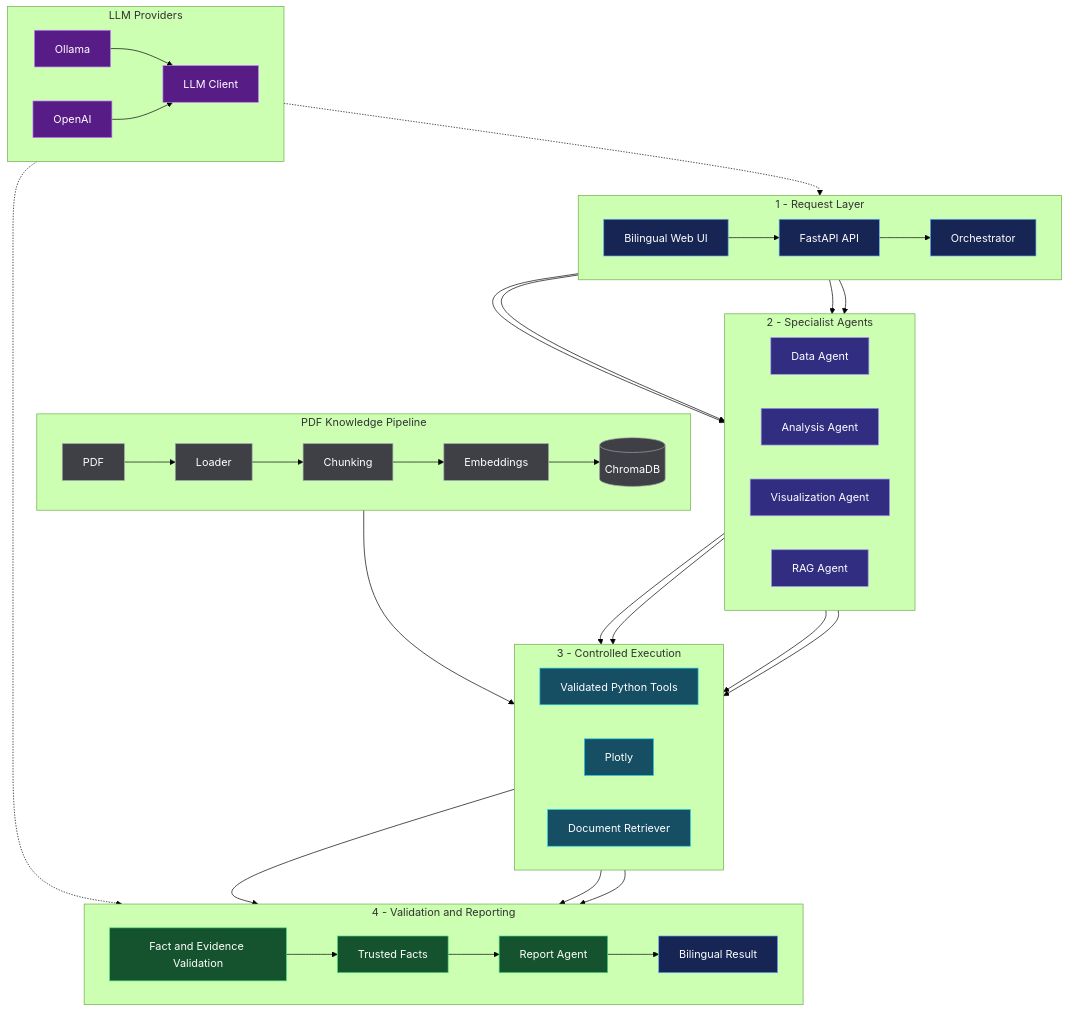
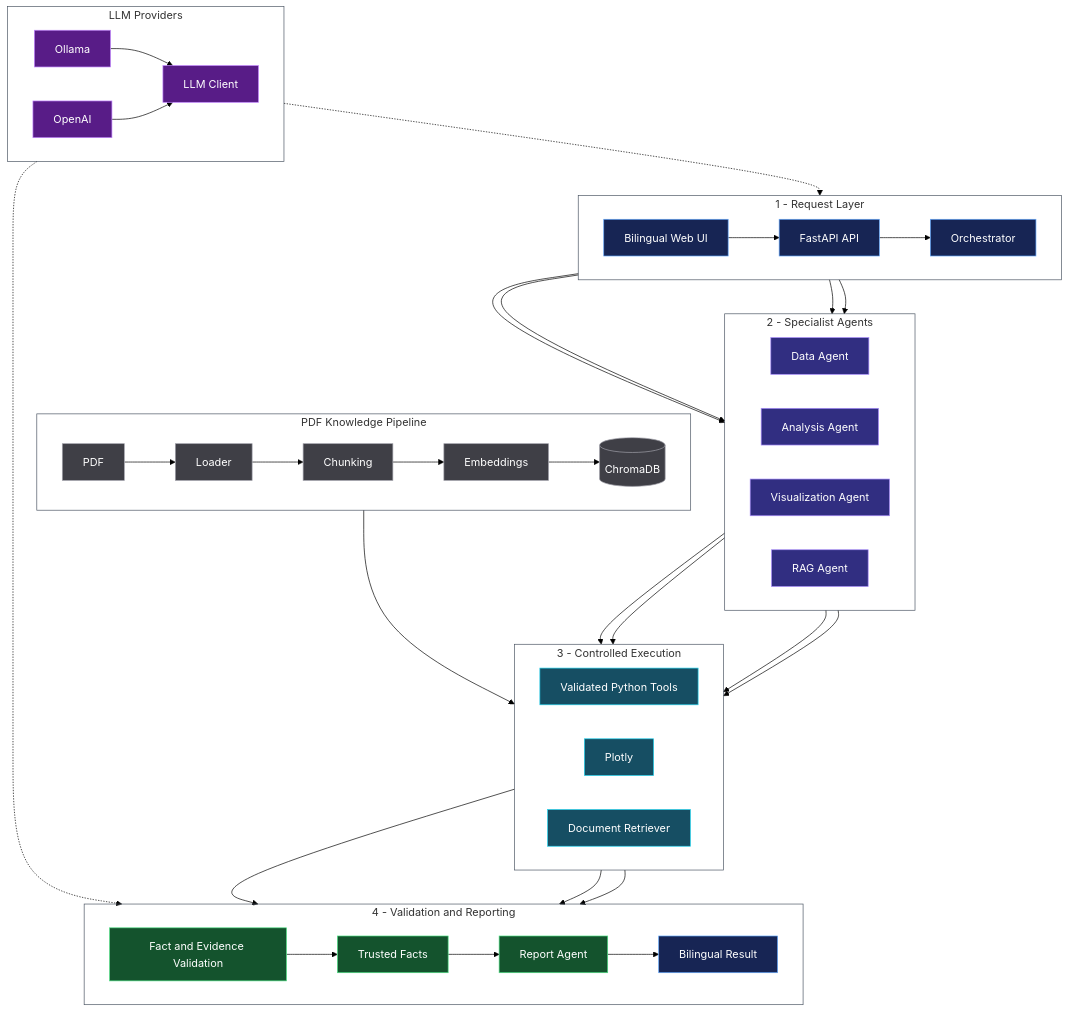
Before and after one commit to ShathaMoeen/datamind-ai: the diagram in README.md, drawn with Mermaid (forest theme).

Commit message:
style: remove architecture section backgrounds

````diff
--- a/README.md
+++ b/README.md
@@ -108,4 +108,11 @@
     class PDF,LOADER,CHUNKS,EMBEDDINGS,CHROMA knowledge
     class VALIDATE,FACTS,REPORT trusted
     class OLLAMA,OPENAI,CLIENT model
+
+    style REQUEST fill:transparent,stroke:#4b5563,stroke-width:1px
+    style AGENTS fill:transparent,stroke:#4b5563,stroke-width:1px
+    style EXECUTION fill:transparent,stroke:#4b5563,stroke-width:1px
+    style PIPELINE fill:transparent,stroke:#4b5563,stroke-width:1px
+    style REPORTING fill:transparent,stroke:#4b5563,stroke-width:1px
+    style MODELS fill:transparent,stroke:#4b5563,stroke-width:1px
 ```
````
